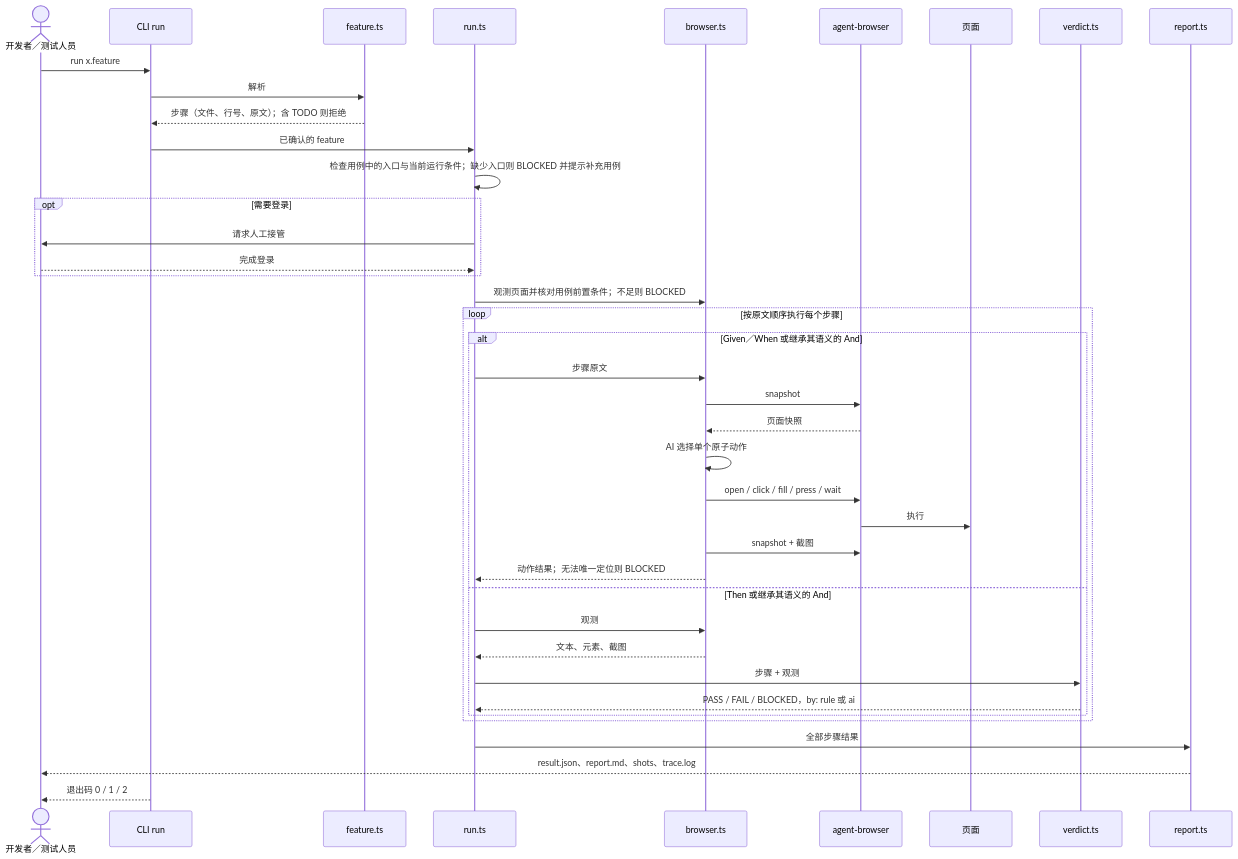
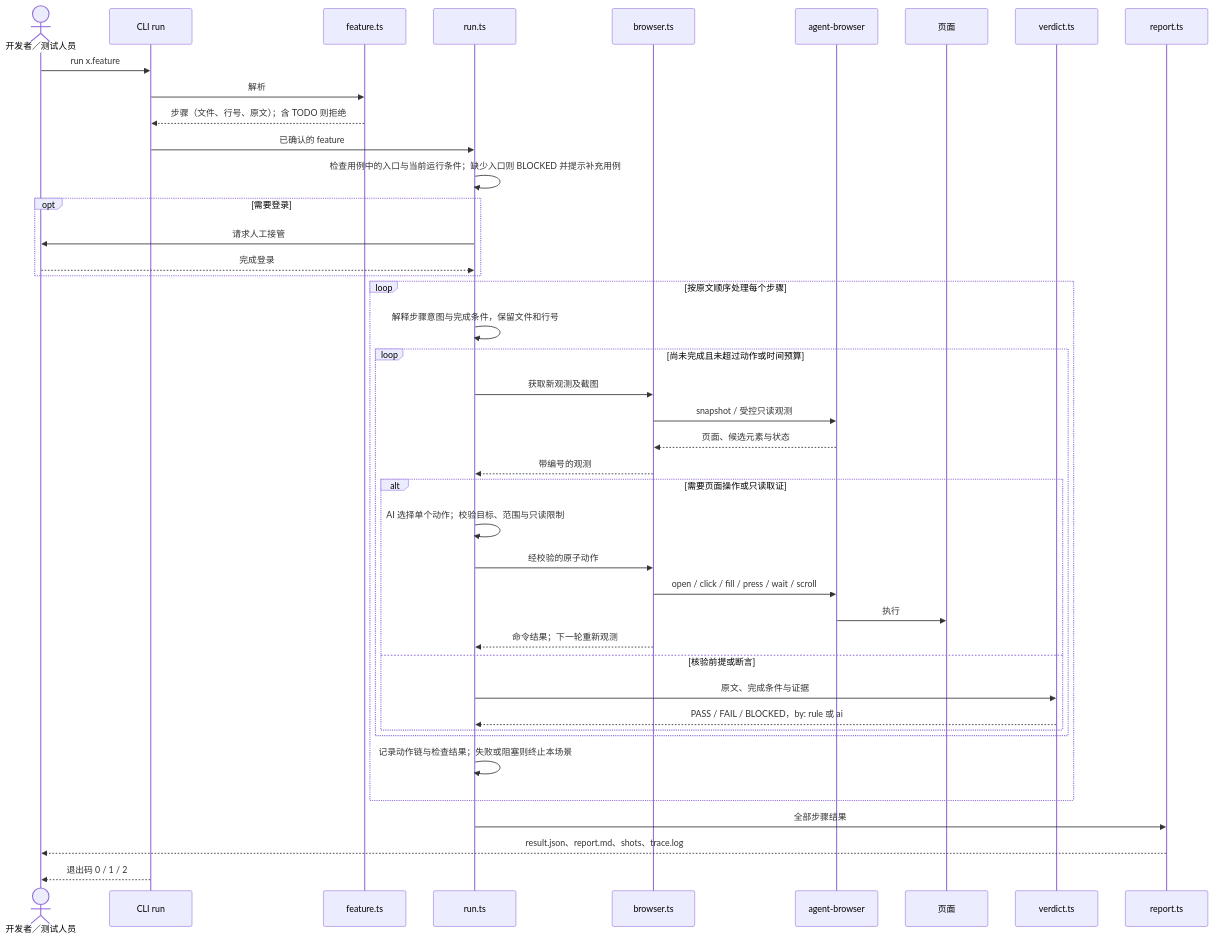
Before and after one commit to Mone-Lee/browser-automated: the third of 4 diagrams in docs/browser-test-technical-plan.md, drawn with Mermaid. The commit also changed other lines of this file and 6 other files, not shown here.

````diff
--- a/docs/browser-test-technical-plan.md
+++ b/docs/browser-test-technical-plan.md
@@ -139,43 +142,45 @@
 ```mermaid
 sequenceDiagram
     actor U as 开发者／测试人员
     participant C as CLI run
     participant F as feature.ts
     participant R as run.ts
     participant B as browser.ts
     participant AB as agent-browser
     participant P as 页面
     participant V as verdict.ts
     participant RP as report.ts
 
     U->>C: run x.feature
     C->>F: 解析
     F-->>C: 步骤（文件、行号、原文）；含 TODO 则拒绝
     C->>R: 已确认的 feature
     R->>R: 检查用例中的入口与当前运行条件；缺少入口则 BLOCKED 并提示补充用例
     opt 需要登录
         R->>U: 请求人工接管
         U-->>R: 完成登录
     end
-    R->>B: 观测页面并核对用例前置条件；不足则 BLOCKED
-    loop 按原文顺序执行每个步骤
-        alt Given／When 或继承其语义的 And
-            R->>B: 步骤原文
-            B->>AB: snapshot
-            AB-->>B: 页面快照
-            B->>B: AI 选择单个原子动作
-            B->>AB: open / click / fill / press / wait
-            AB->>P: 执行
-            B->>AB: snapshot + 截图
-            B-->>R: 动作结果；无法唯一定位则 BLOCKED
-        else Then 或继承其语义的 And
-            R->>B: 观测
-            B-->>R: 文本、元素、截图
-            R->>V: 步骤 + 观测
-            V-->>R: PASS / FAIL / BLOCKED，by: rule 或 ai
+    loop 按原文顺序处理每个步骤
+        R->>R: 解释步骤意图与完成条件，保留文件和行号
+        loop 尚未完成且未超过动作或时间预算
+            R->>B: 获取新观测及截图
+            B->>AB: snapshot / 受控只读观测
+            AB-->>B: 页面、候选元素与状态
+            B-->>R: 带编号的观测
+            alt 需要页面操作或只读取证
+                R->>R: AI 选择单个动作；校验目标、范围与只读限制
+                R->>B: 经校验的原子动作
+                B->>AB: open / click / fill / press / wait / scroll
+                AB->>P: 执行
+                B-->>R: 命令结果；下一轮重新观测
+            else 核验前提或断言
+                R->>V: 原文、完成条件与证据
+                V-->>R: PASS / FAIL / BLOCKED，by: rule 或 ai
+            end
         end
+        R->>R: 记录动作链与检查结果；失败或阻塞则终止本场景
     end
     R->>RP: 全部步骤结果
     RP-->>U: result.json、report.md、shots、trace.log
     C-->>U: 退出码 0 / 1 / 2
 ```
````
